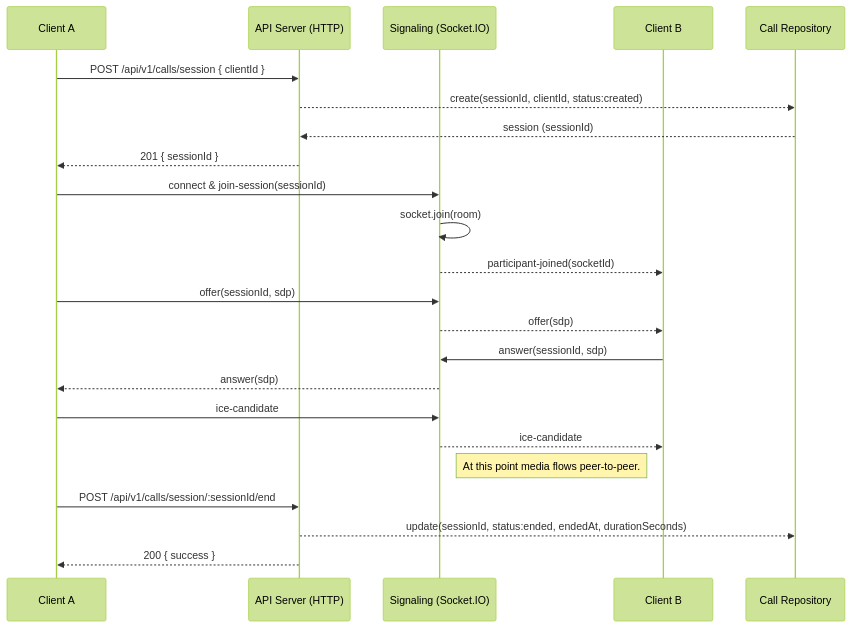
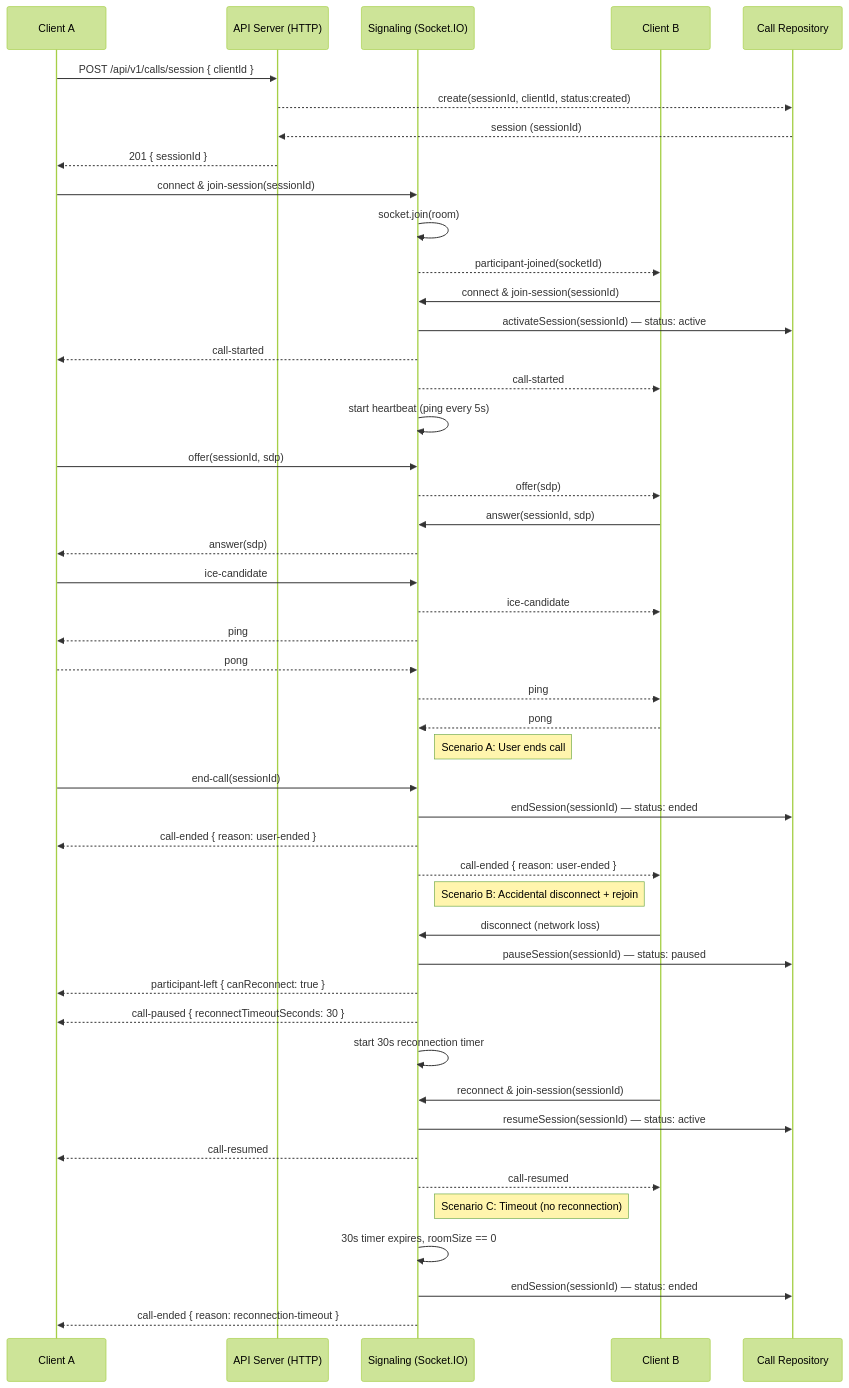
The diagram in src/modules/calls/CALL_FLOW.md (advikainnovate/veiloscan-callservice-backend), drawn with Mermaid (forest theme) before and after one commit. The commit also changed other lines of this file and 101 other files, not shown here.

````diff
--- a/src/modules/calls/CALL_FLOW.md
+++ b/src/modules/calls/CALL_FLOW.md
@@ -34,30 +87,61 @@
 ```mermaid
 sequenceDiagram
     participant Client A
     participant API as API Server (HTTP)
     participant Signaling as Signaling (Socket.IO)
     participant Client B
     participant Repo as Call Repository
 
     Client A->>API: POST /api/v1/calls/session { clientId }
     API-->>Repo: create(sessionId, clientId, status:created)
     Repo-->>API: session (sessionId)
     API-->>Client A: 201 { sessionId }
 
     Client A->>Signaling: connect & join-session(sessionId)
     Signaling->>Signaling: socket.join(room)
     Signaling-->>Client B: participant-joined(socketId)
 
+    Client B->>Signaling: connect & join-session(sessionId)
+    Signaling->>Repo: activateSession(sessionId) — status: active
+    Signaling-->>Client A: call-started
+    Signaling-->>Client B: call-started
+    Signaling->>Signaling: start heartbeat (ping every 5s)
+
     Client A->>Signaling: offer(sessionId, sdp)
     Signaling-->>Client B: offer(sdp)
     Client B->>Signaling: answer(sessionId, sdp)
     Signaling-->>Client A: answer(sdp)
     Client A->>Signaling: ice-candidate
     Signaling-->>Client B: ice-candidate
 
-    Note right of Signaling: At this point media flows peer-to-peer.
+    Signaling-->>Client A: ping
+    Client A-->>Signaling: pong
+    Signaling-->>Client B: ping
+    Client B-->>Signaling: pong
 
-    Client A->>API: POST /api/v1/calls/session/:sessionId/end
-    API-->>Repo: update(sessionId, status:ended, endedAt, durationSeconds)
-    API-->>Client A: 200 { success }
+    Note right of Signaling: Scenario A: User ends call
+
+    Client A->>Signaling: end-call(sessionId)
+    Signaling->>Repo: endSession(sessionId) — status: ended
+    Signaling-->>Client A: call-ended { reason: user-ended }
+    Signaling-->>Client B: call-ended { reason: user-ended }
+
+    Note right of Signaling: Scenario B: Accidental disconnect + rejoin
+
+    Client B->>Signaling: disconnect (network loss)
+    Signaling->>Repo: pauseSession(sessionId) — status: paused
+    Signaling-->>Client A: participant-left { canReconnect: true }
+    Signaling-->>Client A: call-paused { reconnectTimeoutSeconds: 30 }
+    Signaling->>Signaling: start 30s reconnection timer
+
+    Client B->>Signaling: reconnect & join-session(sessionId)
+    Signaling->>Repo: resumeSession(sessionId) — status: active
+    Signaling-->>Client A: call-resumed
+    Signaling-->>Client B: call-resumed
+
+    Note right of Signaling: Scenario C: Timeout (no reconnection)
+
+    Signaling->>Signaling: 30s timer expires, roomSize == 0
+    Signaling->>Repo: endSession(sessionId) — status: ended
+    Signaling-->>Client A: call-ended { reason: reconnection-timeout }
 ```
````
